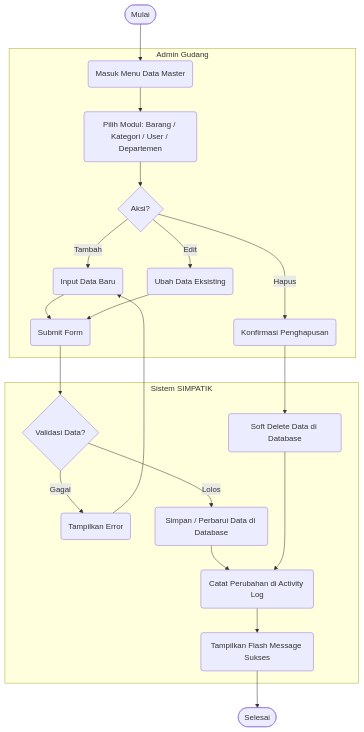
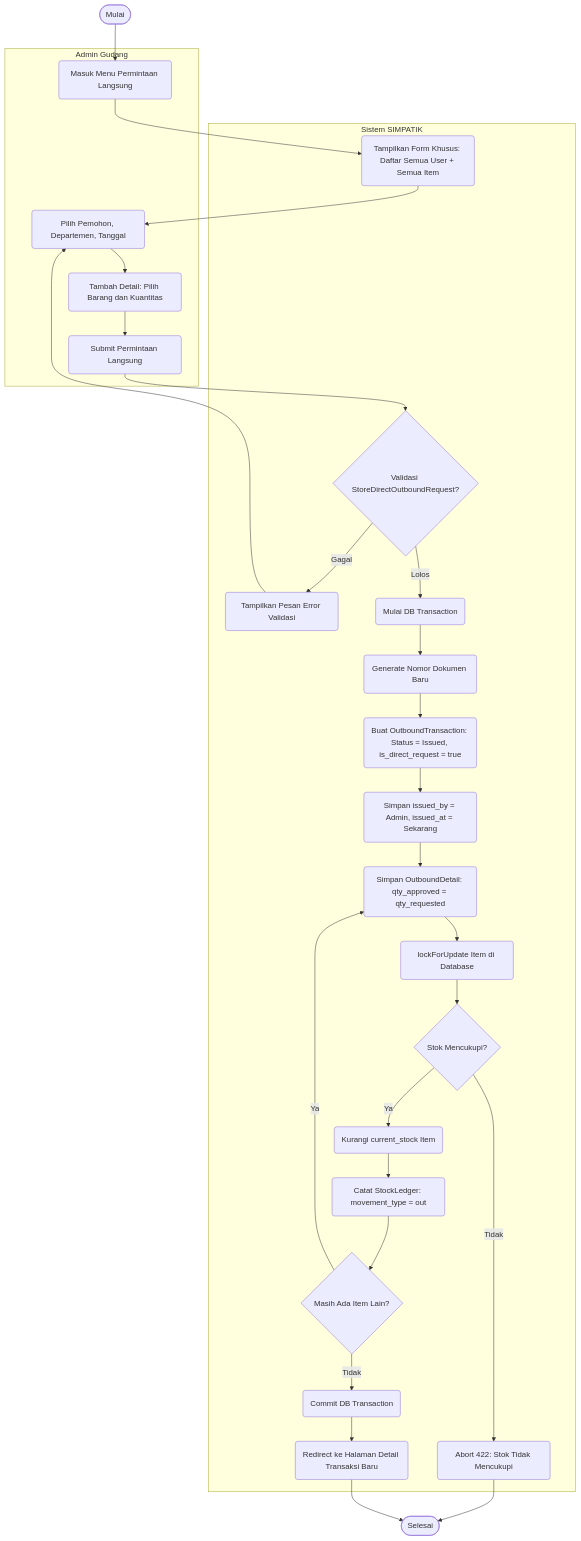
One commit to wahyu2021/SIMPATIK changed diagram 12 of 14 in laporan_activity_diagram.md. Above: the diagram before and after it, drawn with Mermaid. The commit also changed other lines of this file and 5 other files, not shown here.

````diff
--- a/laporan_activity_diagram.md
+++ b/laporan_activity_diagram.md
@@ -343,47 +709,61 @@
 ```mermaid
 flowchart TD
     Start([Mulai])
     End([Selesai])
 
-    subgraph Admin [Admin Gudang]
-        A(Masuk Menu Data Master)
-        B(Pilih Modul: Barang / Kategori / User / Departemen)
-        C{Aksi?}
-        D(Input Data Baru)
-        E(Ubah Data Eksisting)
-        F(Konfirmasi Penghapusan)
-        G(Submit Form)
+    subgraph AdminGudang [Admin Gudang]
+        A(Masuk Menu Permintaan Langsung)
+        B(Pilih Pemohon, Departemen, Tanggal)
+        C(Tambah Detail: Pilih Barang dan Kuantitas)
+        D(Submit Permintaan Langsung)
     end
 
     subgraph Sistem [Sistem SIMPATIK]
-        H{Validasi Data?}
-        I(Tampilkan Error)
-        J(Simpan / Perbarui Data di Database)
-        K(Soft Delete Data di Database)
-        L(Catat Perubahan di Activity Log)
-        M(Tampilkan Flash Message Sukses)
+        E(Tampilkan Form Khusus: Daftar Semua User + Semua Item)
+        F{Validasi StoreDirectOutboundRequest?}
+        G(Tampilkan Pesan Error Validasi)
+        H(Mulai DB Transaction)
+        I(Generate Nomor Dokumen Baru)
+        J(Buat OutboundTransaction: Status = Issued, is_direct_request = true)
+        J2(Simpan issued_by = Admin, issued_at = Sekarang)
+        K(Simpan OutboundDetail: qty_approved = qty_requested)
+        L(lockForUpdate Item di Database)
+        M{Stok Mencukupi?}
+        N(Abort 422: Stok Tidak Mencukupi)
+        O(Kurangi current_stock Item)
+        P(Catat StockLedger: movement_type = out)
+        Q{Masih Ada Item Lain?}
+        R(Commit DB Transaction)
+        S(Redirect ke Halaman Detail Transaksi Baru)
     end
 
     Start --> A
-    A --> B
+    A --> E
+    E --> B
     B --> C
-    
-    C -- Tambah --> D
-    C -- Edit --> E
-    D --> G
-    E --> G
-    
-    C -- Hapus --> F
-    
-    G --> H
-    H -- Gagal --> I
-    I --> D
-    
-    H -- Lolos --> J
-    F --> K
-    
-    J --> L
+    C --> D
+    D --> F
+
+    F -- Gagal --> G
+    G --> B
+
+    F -- Lolos --> H
+    H --> I
+    I --> J
+    J --> J2
+    J2 --> K
     K --> L
     L --> M
-    M --> End
+
+    M -- Tidak --> N
+    N --> End
+
+    M -- Ya --> O
+    O --> P
+    P --> Q
+
+    Q -- Ya --> K
+    Q -- Tidak --> R
+    R --> S
+    S --> End
 ```
````
